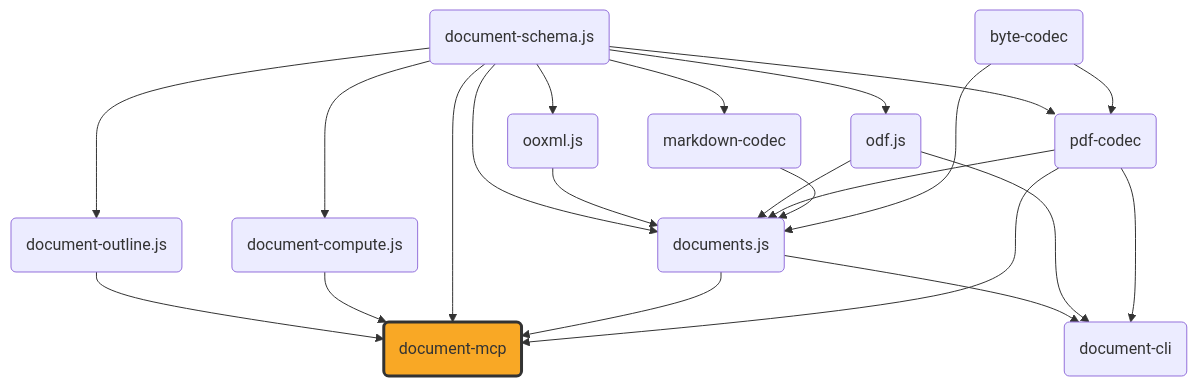
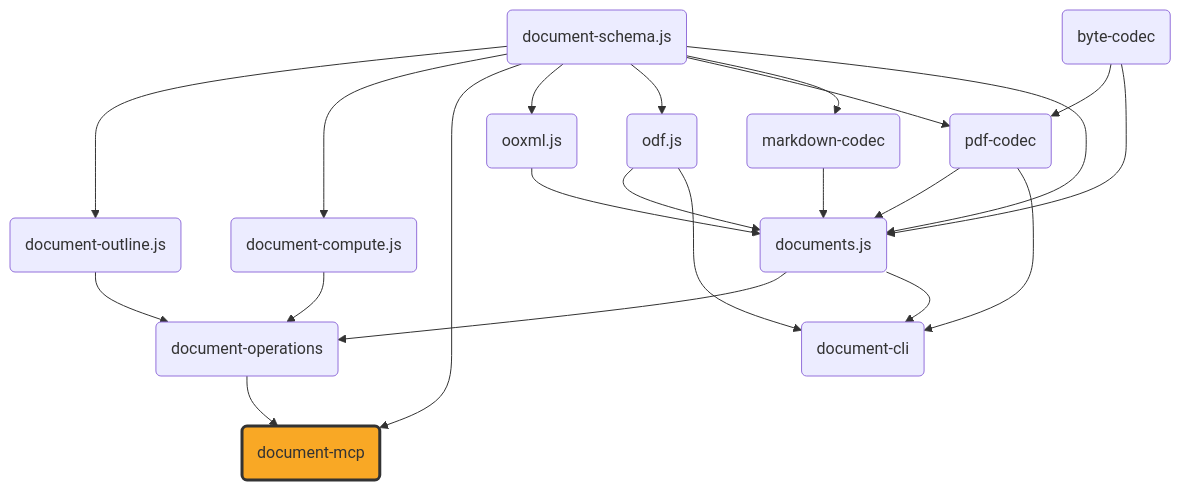
One commit to ExaDev/documents.js changed the diagram in packages/document-mcp/README.md. Above: the diagram before and after it, drawn with Mermaid. The commit also changed other lines of this file and 18 other files, not shown here.

````diff
--- a/packages/document-mcp/README.md
+++ b/packages/document-mcp/README.md
@@ -9,50 +9,52 @@
 ```mermaid
 graph TD
     schema("document-schema.js")
     ooxml("ooxml.js")
     odf("odf.js")
     pdfcodec("pdf-codec")
     mdcodec("markdown-codec")
     bytecodec("byte-codec")
     documents("documents.js")
     outline("document-outline.js")
     compute("document-compute.js")
+    operations("document-operations")
     mcp("document-mcp")
     cli("document-cli")
 
     schema --> outline
-    outline --> mcp
     schema --> compute
-    compute --> mcp
     schema --> mcp
     schema --> ooxml
     schema --> odf
     schema --> pdfcodec
     schema --> mdcodec
     schema --> documents
     ooxml --> documents
     odf --> documents
     pdfcodec --> documents
     mdcodec --> documents
     bytecodec --> pdfcodec
     bytecodec --> documents
-    documents --> mcp
-    pdfcodec --> mcp
+    documents --> operations
+    outline --> operations
+    compute --> operations
+    operations --> mcp
     documents --> cli
     odf --> cli
     pdfcodec --> cli
 
     click schema "https://github.com/ExaDev/documents.js/tree/main/packages/document-schema.js" "document-schema.js"
     click ooxml "https://github.com/ExaDev/documents.js/tree/main/packages/ooxml.js" "ooxml.js"
     click odf "https://github.com/ExaDev/documents.js/tree/main/packages/odf.js" "odf.js"
     click pdfcodec "https://github.com/ExaDev/documents.js/tree/main/packages/pdf-codec" "pdf-codec"
     click mdcodec "https://github.com/ExaDev/documents.js/tree/main/packages/markdown-codec" "markdown-codec"
     click bytecodec "https://github.com/ExaDev/documents.js/tree/main/packages/byte-codec" "byte-codec"
     click documents "https://github.com/ExaDev/documents.js" "documents.js"
     click outline "https://github.com/ExaDev/documents.js/tree/main/packages/document-outline.js" "document-outline.js"
     click compute "https://github.com/ExaDev/documents.js/tree/main/packages/document-compute.js" "document-compute.js"
+    click operations "https://github.com/ExaDev/documents.js/tree/main/packages/document-operations" "document-operations"
     click mcp "https://github.com/ExaDev/documents.js/tree/main/packages/document-mcp" "document-mcp"
     click cli "https://github.com/ExaDev/documents.js/tree/main/packages/document-cli" "document-cli"
 
     style mcp fill:#f9a825,stroke:#333,stroke-width:3px
 ```
````
